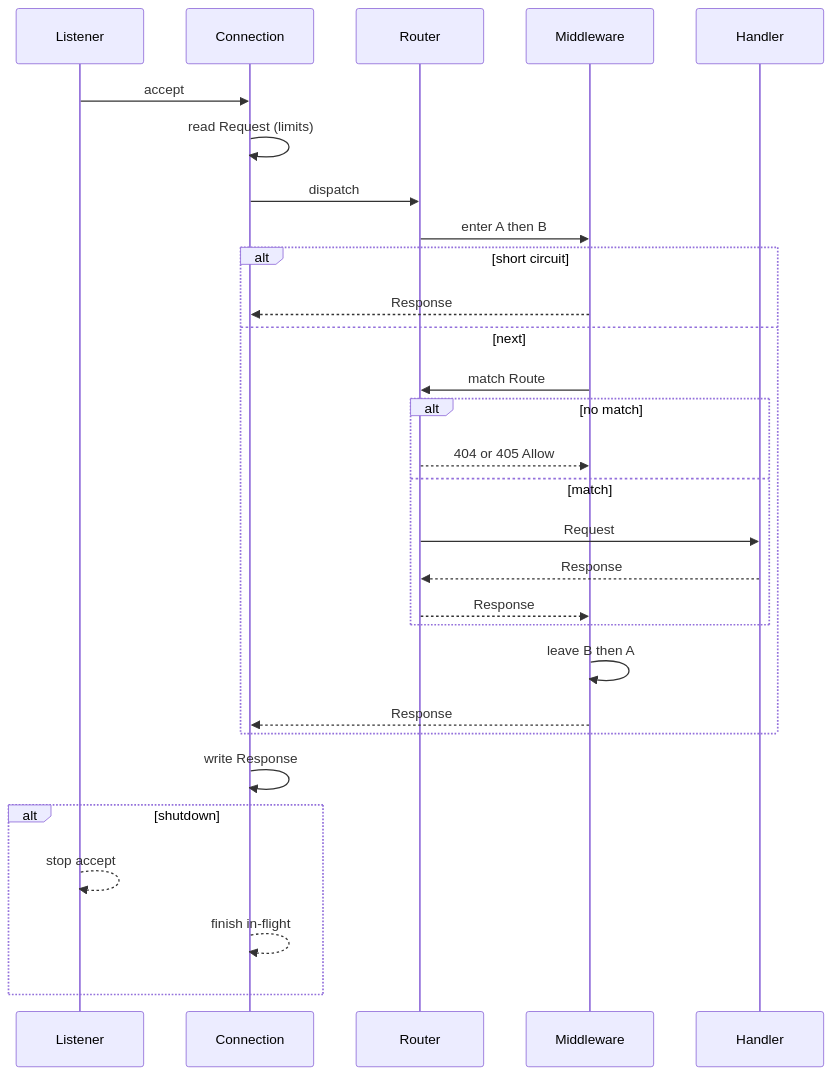
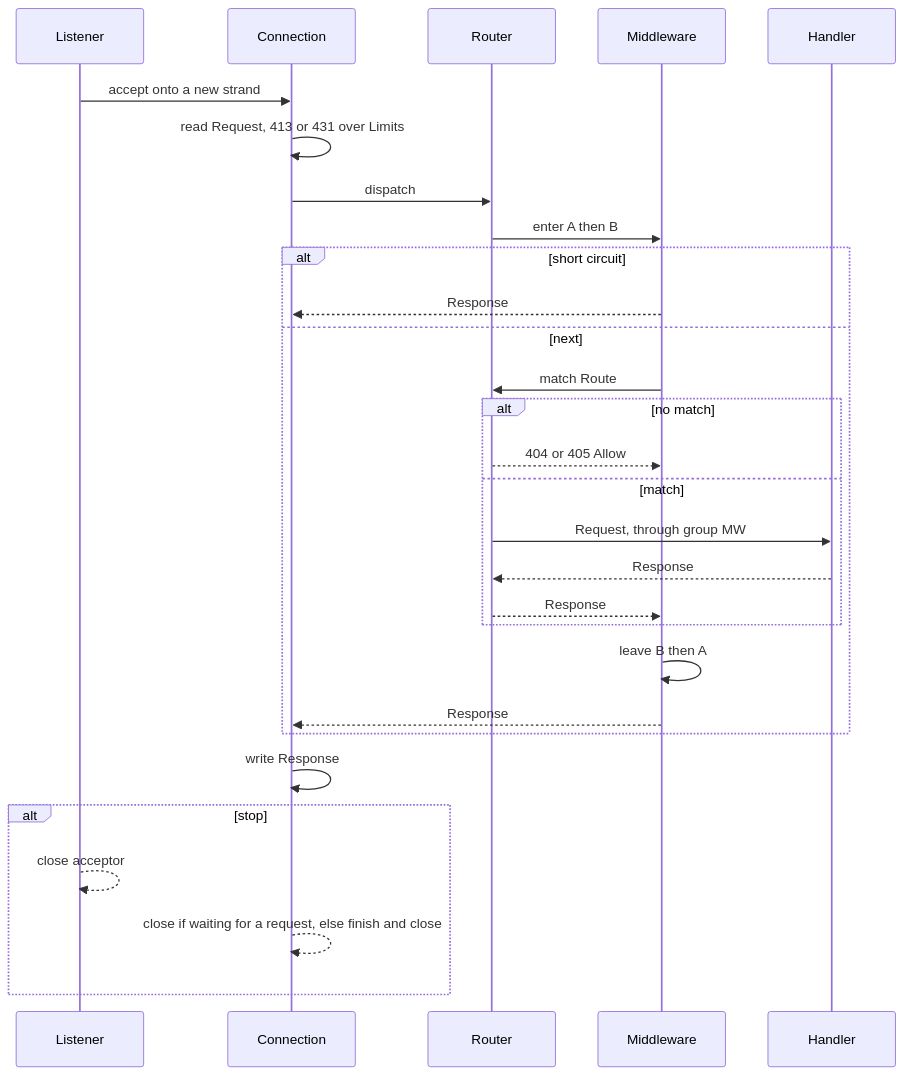
The second of 2 diagrams in docs/ER.md (SilentMalachite/Hayate), drawn with Mermaid before and after one commit. The commit also changed other lines of this file and 1 other file, not shown here.

First line of the commit message:
docs: bring UML and ER in line with the code and the accepted Phase 3

````diff
--- a/docs/ER.md
+++ b/docs/ER.md
@@ -176,31 +238,31 @@
 ```mermaid
 sequenceDiagram
     participant L as Listener
     participant C as Connection
     participant R as Router
     participant M as Middleware
     participant H as Handler
-    L->>C: accept
-    C->>C: read Request (limits)
+    L->>C: accept onto a new strand
+    C->>C: read Request, 413 or 431 over Limits
     C->>R: dispatch
     R->>M: enter A then B
     alt short circuit
         M-->>C: Response
     else next
         M->>R: match Route
         alt no match
             R-->>M: 404 or 405 Allow
         else match
-            R->>H: Request
+            R->>H: Request, through group MW
             H-->>R: Response
             R-->>M: Response
         end
         M->>M: leave B then A
         M-->>C: Response
     end
     C->>C: write Response
-    alt shutdown
-        L-->>L: stop accept
-        C-->>C: finish in-flight
+    alt stop
+        L-->>L: close acceptor
+        C-->>C: close if waiting for a request, else finish and close
     end
 ```
````
